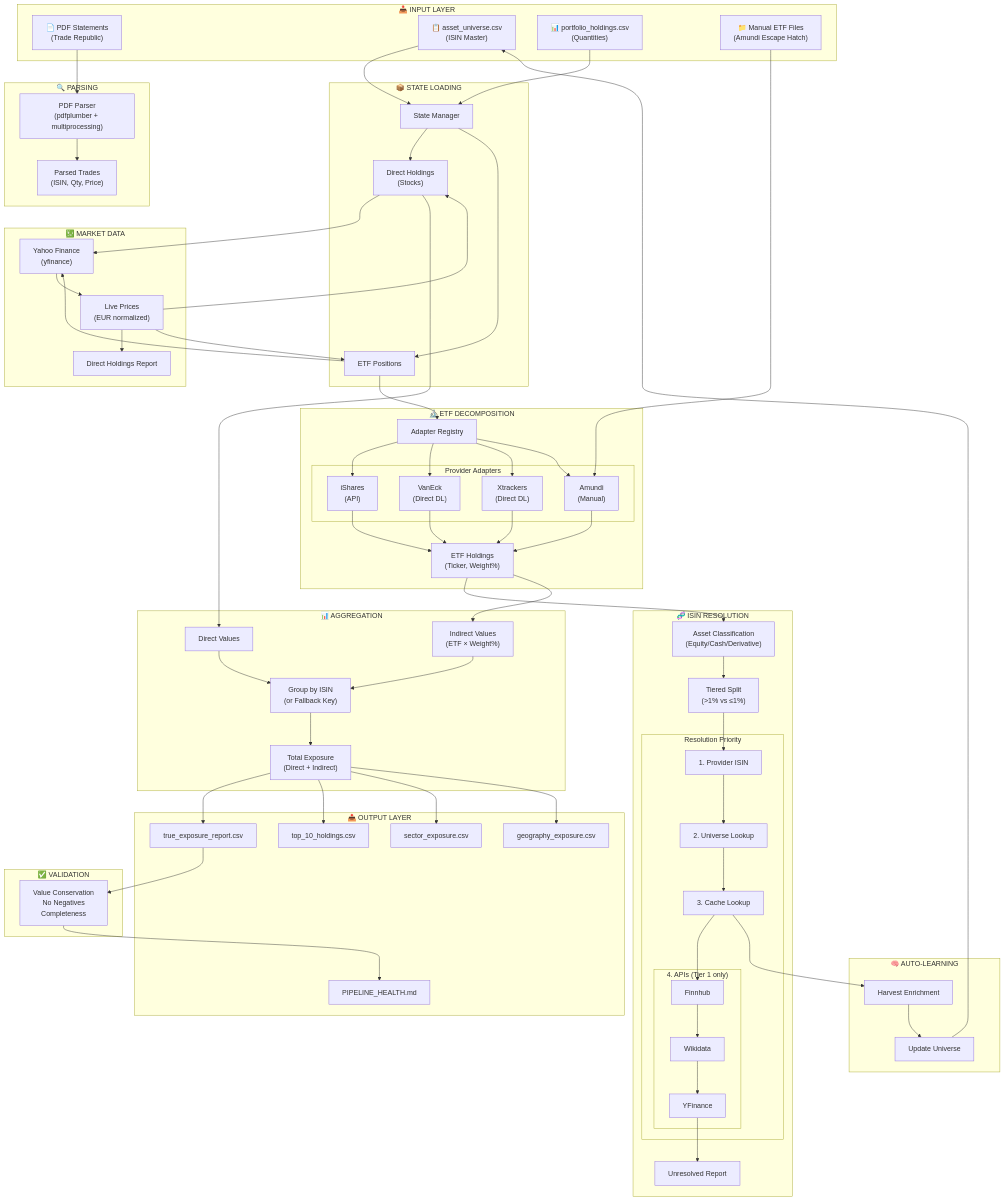
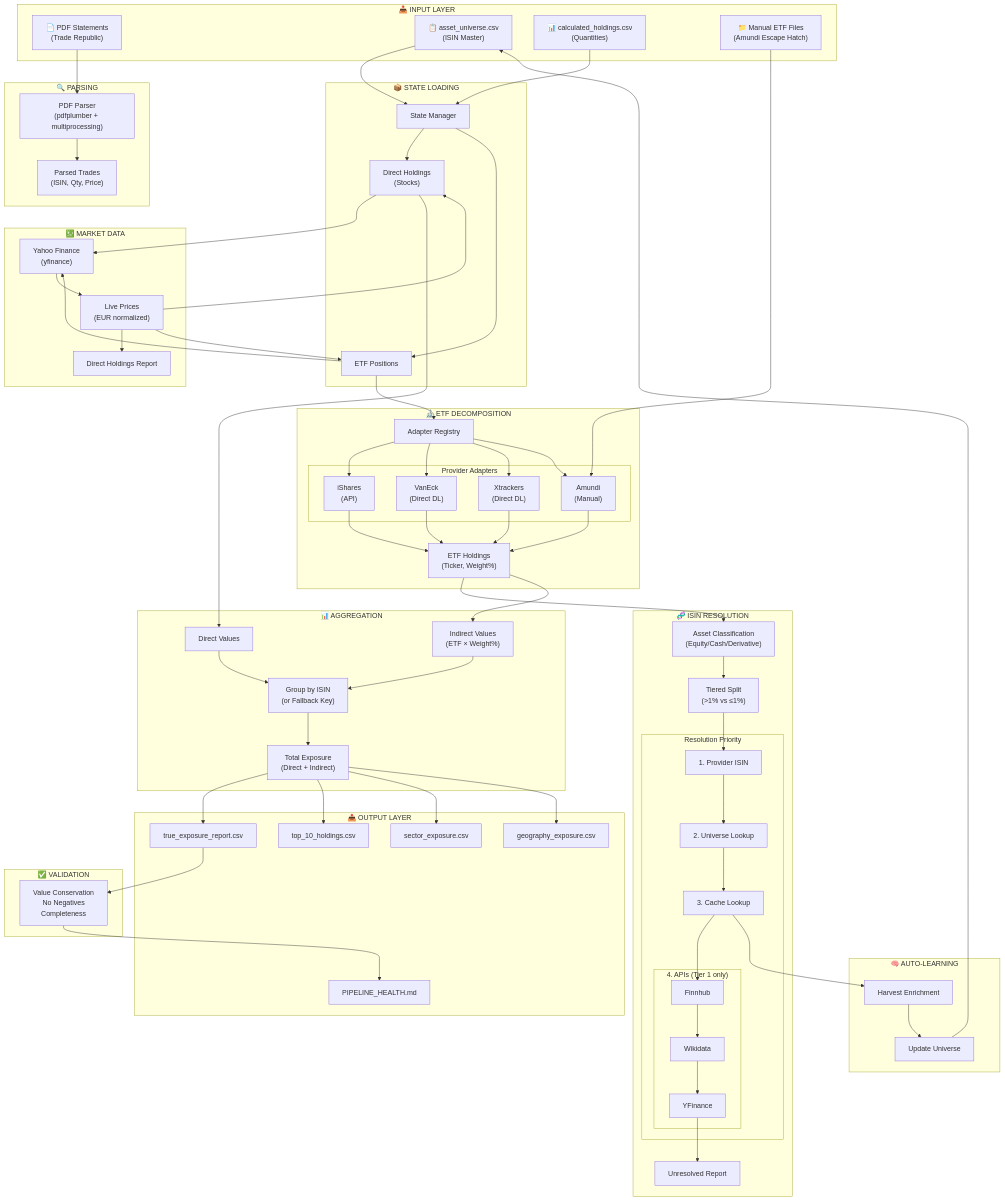
The second of 2 diagrams in README.md (Skeptomenos/Portfolio-Prism), drawn with Mermaid before and after one commit. The commit also changed other lines of this file and 2 other files, not shown here.

```diff
--- a/README.md
+++ b/README.md
@@ -31,7 +256,7 @@
     subgraph Input["📥 INPUT LAYER"]
         PDF["📄 PDF Statements<br/>(Trade Republic)"]
         Universe["📋 asset_universe.csv<br/>(ISIN Master)"]
-        Holdings["📊 portfolio_holdings.csv<br/>(Quantities)"]
+        Holdings["📊 calculated_holdings.csv<br/>(Quantities)"]
         ManualETF["📁 Manual ETF Files<br/>(Amundi Escape Hatch)"]
     end
 
@@ -103,7 +328,6 @@
         UpdateUni["Update Universe"]
     end
 
-    %% Flow connections
     PDF --> Parser --> Trades
     Universe --> StateMgr
     Holdings --> StateMgr
```
